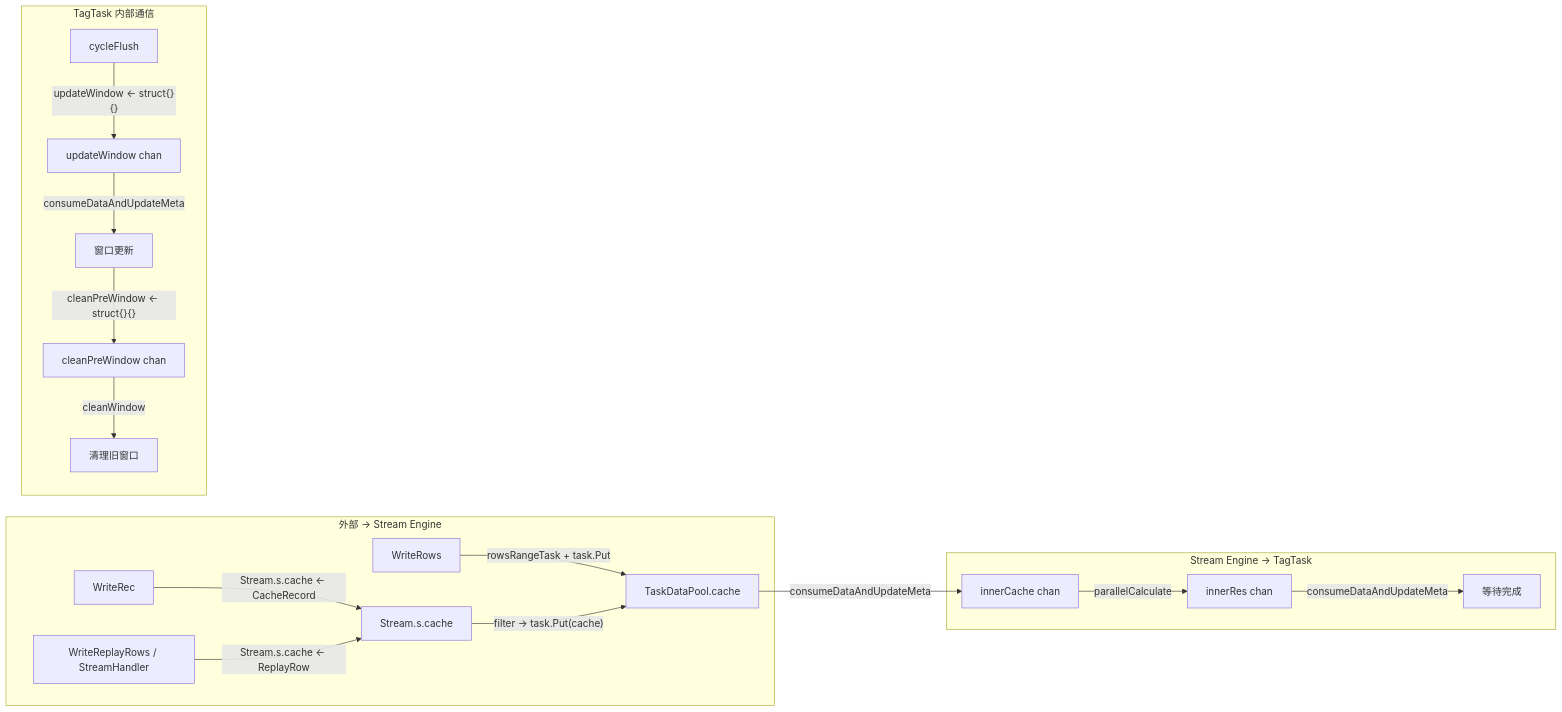
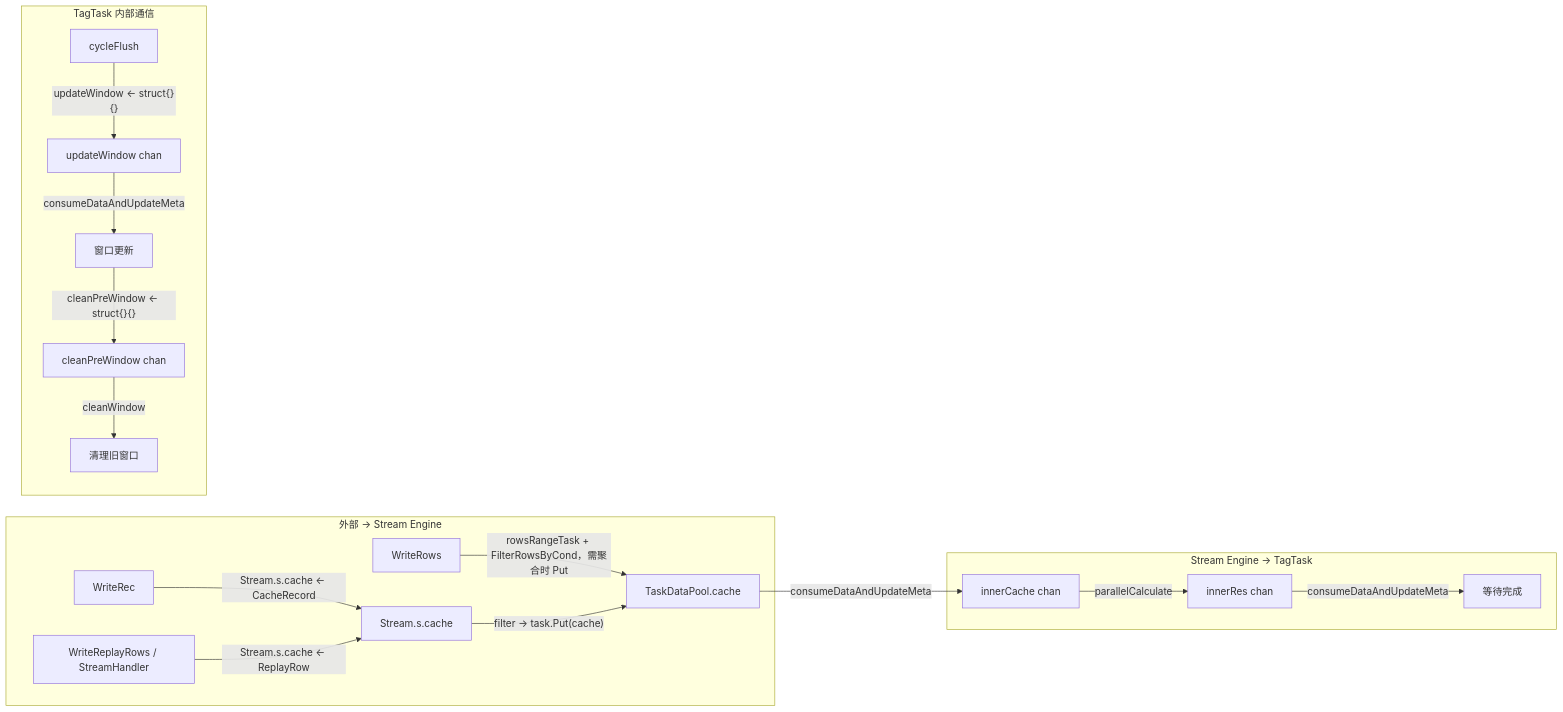
Before and after one commit to stefanv5/openGemini: diagram 29 of 29 in docs/specs/10_stream_processing_spec.md, drawn with Mermaid. The commit also changed other lines of this file and 37 other files, not shown here.

````diff
--- a/docs/specs/10_stream_processing_spec.md
+++ b/docs/specs/10_stream_processing_spec.md
@@ -3904,22 +3951,22 @@
 ```mermaid
 graph LR
     subgraph "外部 -> Stream Engine"
-        A[WriteRows] -->|"rowsRangeTask + task.Put"| E["TaskDataPool.cache"]
+        A[WriteRows] -->|"rowsRangeTask + FilterRowsByCond，需聚合时 Put"| E["TaskDataPool.cache"]
         C[WriteRec] -->|"Stream.s.cache <- CacheRecord"| B["Stream.s.cache"]
         D[WriteReplayRows / StreamHandler] -->|"Stream.s.cache <- ReplayRow"| B
     end
 
     subgraph "Stream Engine -> TagTask"
         B -->|"filter -> task.Put(cache)"| E["TaskDataPool.cache"]
         E -->|"consumeDataAndUpdateMeta"| F[innerCache chan]
         F -->|"parallelCalculate"| G[innerRes chan]
         G -->|"consumeDataAndUpdateMeta"| H["等待完成"]
     end
 
     subgraph "TagTask 内部通信"
         I[cycleFlush] -->|"updateWindow <- struct{}{}"| J[updateWindow chan]
         J -->|"consumeDataAndUpdateMeta"| K[窗口更新]
         K -->|"cleanPreWindow <- struct{}{}"| L[cleanPreWindow chan]
         L -->|"cleanWindow"| M[清理旧窗口]
     end
 ```
````
